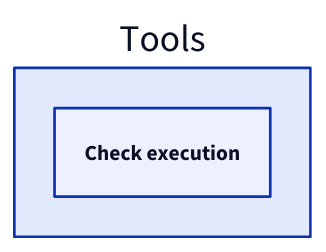
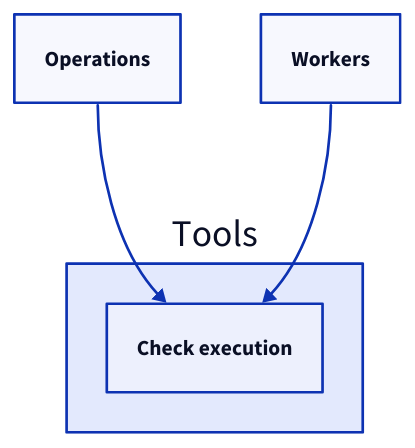
Before and after one commit to FTOD/concorde: the diagram in specs/concorde/tools/module.md, drawn with D2. The commit also changed other lines of this file and 43 other files, not shown here.

````diff
--- a/specs/concorde/tools/module.md
+++ b/specs/concorde/tools/module.md
@@ -59,5 +48,9 @@
 ```d2
+operations: Operations
+workers: Workers
 tools: Tools {
   checks: Check execution
 }
+operations -> tools.checks
+workers -> tools.checks
 ```
````
